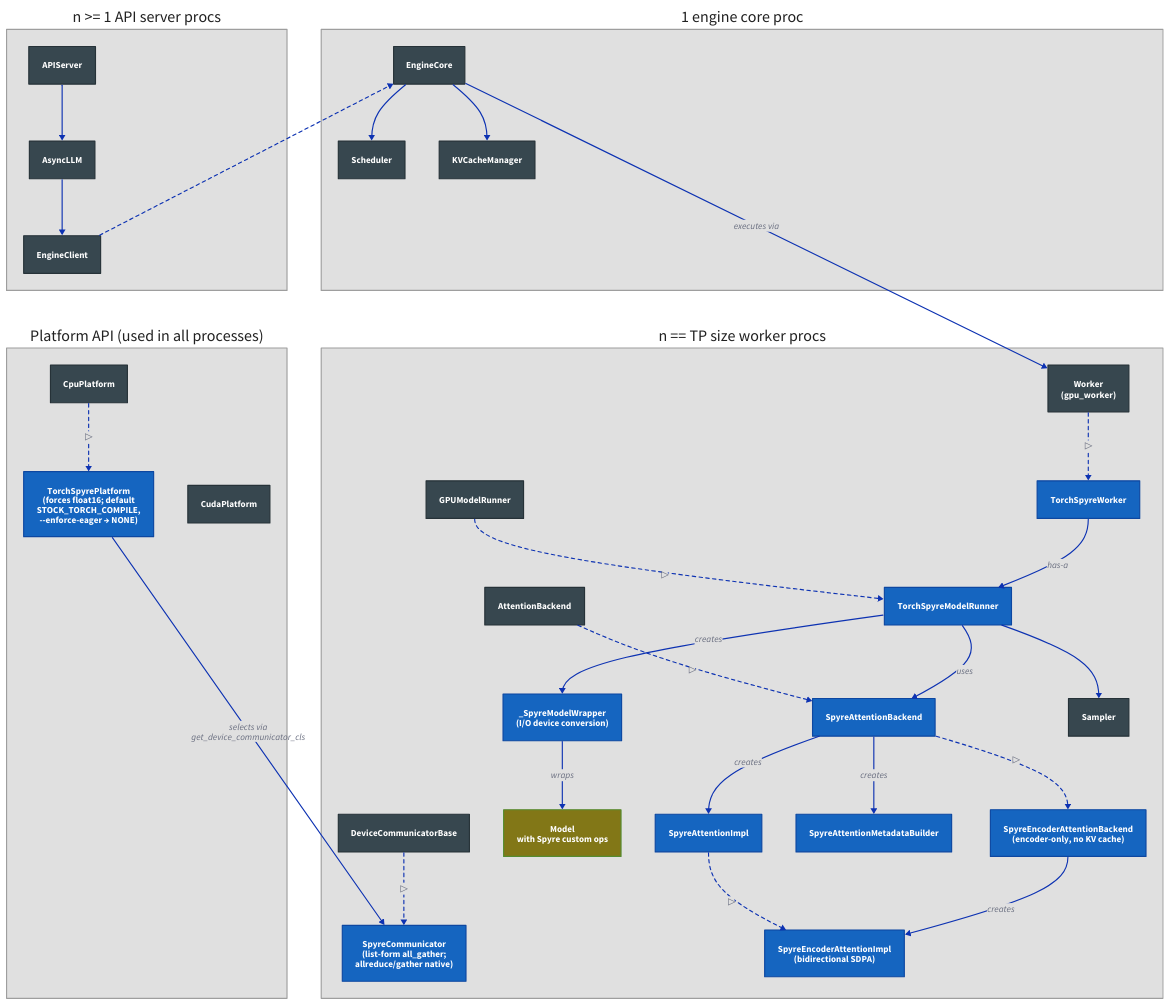
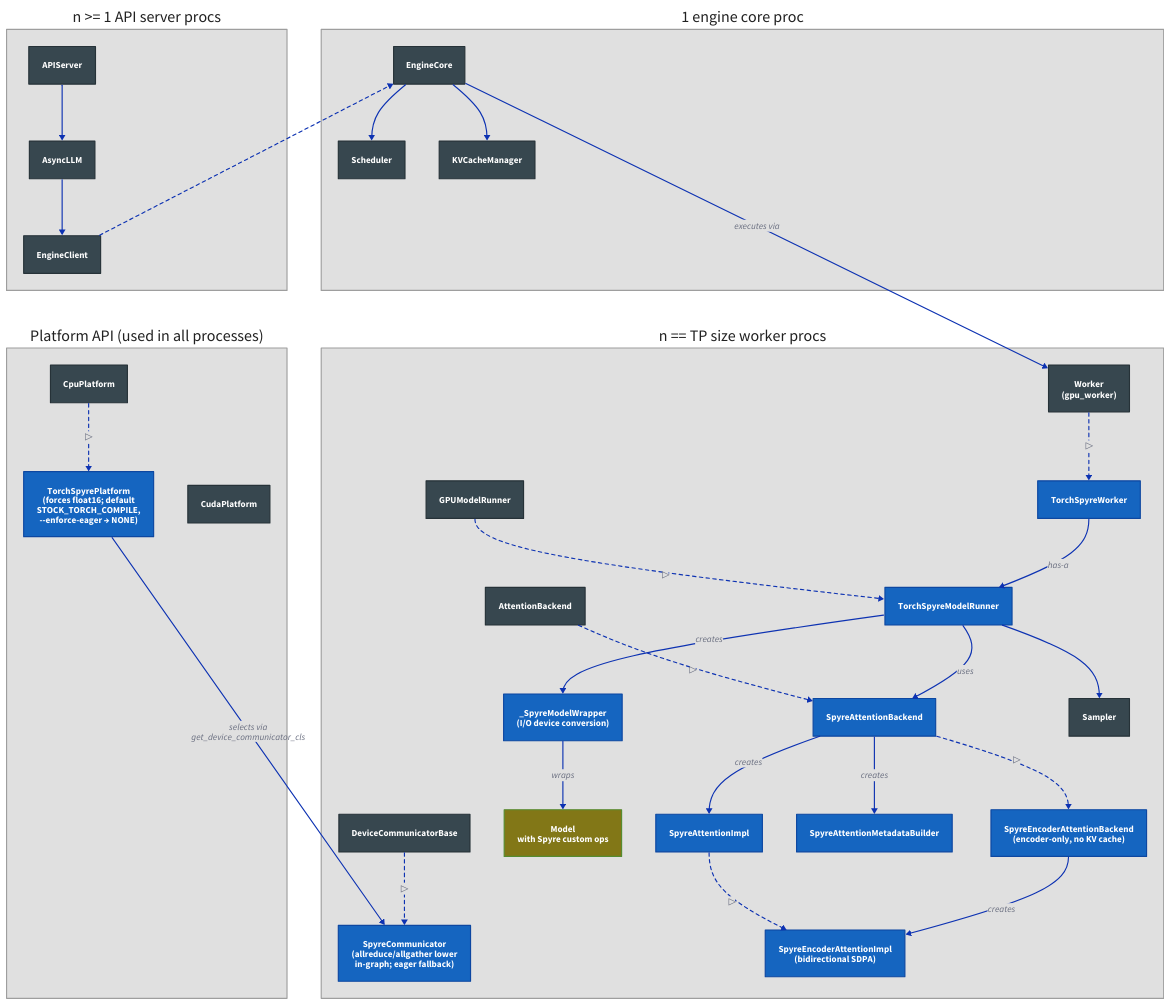
One commit to jvlunteren/spyre-inference changed the diagram in latest/architecture/system-overview.d2. Above: the diagram before and after it, drawn with D2. The commit also changed 7 other files, not shown here.

```diff
--- a/latest/architecture/system-overview.d2
+++ b/latest/architecture/system-overview.d2
@@ -1,193 +1,193 @@
 grid-rows: 2
 grid-columns: 2
 grid-gap: 60
 
 api: "n >= 1 API server procs" {
   style.fill: "#e0e0e0"
   style.stroke: "#9e9e9e"
   style.font-color: "#212121"
 
   APIServer: APIServer {
     style.fill: "#37474f"
     style.stroke: "#263238"
     style.font-color: "#ffffff"
   }
   AsyncLLM: AsyncLLM {
     style.fill: "#37474f"
     style.stroke: "#263238"
     style.font-color: "#ffffff"
   }
   EngineClient: EngineClient {
     style.fill: "#37474f"
     style.stroke: "#263238"
     style.font-color: "#ffffff"
   }
 
   APIServer -> AsyncLLM -> EngineClient
 }
 
 engine: "1 engine core proc" {
   style.fill: "#e0e0e0"
   style.stroke: "#9e9e9e"
   style.font-color: "#212121"
 
   EngineCore: EngineCore {
     style.fill: "#37474f"
     style.stroke: "#263238"
     style.font-color: "#ffffff"
   }
   Scheduler: Scheduler {
     style.fill: "#37474f"
     style.stroke: "#263238"
     style.font-color: "#ffffff"
   }
   KVCacheManager: KVCacheManager {
     style.fill: "#37474f"
     style.stroke: "#263238"
     style.font-color: "#ffffff"
   }
 
   EngineCore -> Scheduler
   EngineCore -> KVCacheManager
 }
 
 platform: "Platform API (used in all processes)" {
   style.fill: "#e0e0e0"
   style.stroke: "#9e9e9e"
   style.font-color: "#212121"
 
   CpuPlatform: CpuPlatform {
     style.fill: "#37474f"
     style.stroke: "#263238"
     style.font-color: "#ffffff"
   }
   SpyrePlatform: "TorchSpyrePlatform\n(forces float16; default\nSTOCK_TORCH_COMPILE,\n--enforce-eager → NONE)" {
     style.fill: "#1565c0"
     style.stroke: "#0d47a1"
     style.font-color: "#ffffff"
     style.bold: true
   }
   CudaPlatform: CudaPlatform {
     style.fill: "#37474f"
     style.stroke: "#263238"
     style.font-color: "#ffffff"
   }
 
   CpuPlatform -> SpyrePlatform: "▷" {style.stroke-dash: 3}
 }
 
 worker: "n == TP size worker procs" {
   style.fill: "#e0e0e0"
   style.stroke: "#9e9e9e"
   style.font-color: "#212121"
 
   Worker: "Worker\n(gpu_worker)" {
     style.fill: "#37474f"
     style.stroke: "#263238"
     style.font-color: "#ffffff"
   }
   SpyreWorker: TorchSpyreWorker {
     style.fill: "#1565c0"
     style.stroke: "#0d47a1"
     style.font-color: "#ffffff"
     style.bold: true
   }
 
   DeviceCommBase: DeviceCommunicatorBase {
     style.fill: "#37474f"
     style.stroke: "#263238"
     style.font-color: "#ffffff"
   }
-  SpyreComm: "SpyreCommunicator\n(list-form all_gather;\nallreduce/gather native)" {
+  SpyreComm: "SpyreCommunicator\n(allreduce/allgather lower\nin-graph; eager fallback)" {
     style.fill: "#1565c0"
     style.stroke: "#0d47a1"
     style.font-color: "#ffffff"
     style.bold: true
   }
 
   GPUModelRunner: GPUModelRunner {
     style.fill: "#37474f"
     style.stroke: "#263238"
     style.font-color: "#ffffff"
   }
   SpyreModelRunner: TorchSpyreModelRunner {
     style.fill: "#1565c0"
     style.stroke: "#0d47a1"
     style.font-color: "#ffffff"
     style.bold: true
   }
   SpyreWrapper: "_SpyreModelWrapper\n(I/O device conversion)" {
     style.fill: "#1565c0"
     style.stroke: "#0d47a1"
     style.font-color: "#ffffff"
     style.bold: true
   }
 
   Model: "Model\nwith Spyre custom ops" {
     style.fill: "#827717"
     style.stroke: "#558b2f"
     style.font-color: "#ffffff"
   }
 
   AttentionBackend: AttentionBackend {
     style.fill: "#37474f"
     style.stroke: "#263238"
     style.font-color: "#ffffff"
   }
   SpyreAttnBackend: SpyreAttentionBackend {
     style.fill: "#1565c0"
     style.stroke: "#0d47a1"
     style.font-color: "#ffffff"
     style.bold: true
   }
   SpyreAttnImpl: SpyreAttentionImpl {
     style.fill: "#1565c0"
     style.stroke: "#0d47a1"
     style.font-color: "#ffffff"
     style.bold: true
   }
   SpyreMetaBuilder: SpyreAttentionMetadataBuilder {
     style.fill: "#1565c0"
     style.stroke: "#0d47a1"
     style.font-color: "#ffffff"
     style.bold: true
   }
   SpyreEncoderAttnBackend: "SpyreEncoderAttentionBackend\n(encoder-only, no KV cache)" {
     style.fill: "#1565c0"
     style.stroke: "#0d47a1"
     style.font-color: "#ffffff"
     style.bold: true
   }
   SpyreEncoderAttnImpl: "SpyreEncoderAttentionImpl\n(bidirectional SDPA)" {
     style.fill: "#1565c0"
     style.stroke: "#0d47a1"
     style.font-color: "#ffffff"
     style.bold: true
   }
 
   Sampler: Sampler {
     style.fill: "#37474f"
     style.stroke: "#263238"
     style.font-color: "#ffffff"
   }
 
   Worker -> SpyreWorker: "▷" {style.stroke-dash: 3}
   GPUModelRunner -> SpyreModelRunner: "▷" {style.stroke-dash: 3}
   AttentionBackend -> SpyreAttnBackend: "▷" {style.stroke-dash: 3}
   DeviceCommBase -> SpyreComm: "▷" {style.stroke-dash: 3}
 
   SpyreWorker -> SpyreModelRunner: has-a
   SpyreModelRunner -> SpyreWrapper: creates
   SpyreWrapper -> Model: wraps
   SpyreModelRunner -> SpyreAttnBackend: uses
   SpyreModelRunner -> Sampler
   SpyreAttnBackend -> SpyreAttnImpl: creates
   SpyreAttnBackend -> SpyreMetaBuilder: creates
   SpyreAttnBackend -> SpyreEncoderAttnBackend: "▷" {style.stroke-dash: 3}
   SpyreAttnImpl -> SpyreEncoderAttnImpl: "▷" {style.stroke-dash: 3}
   SpyreEncoderAttnBackend -> SpyreEncoderAttnImpl: creates
 }
 
 api.EngineClient -> engine.EngineCore: {style.stroke-dash: 3}
 engine.EngineCore -> worker.Worker: "executes via"
 platform.SpyrePlatform -> worker.SpyreComm: "selects via\nget_device_communicator_cls"
```
